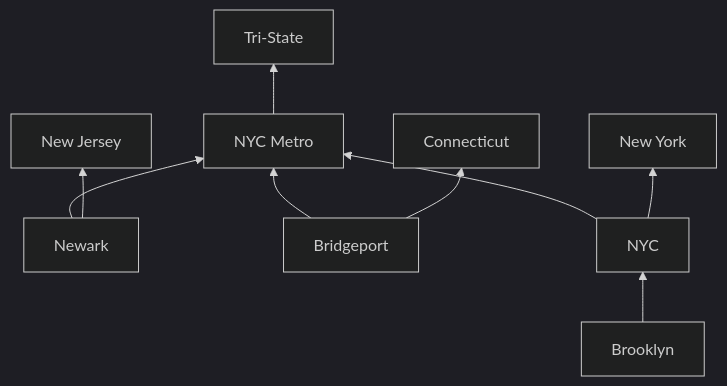
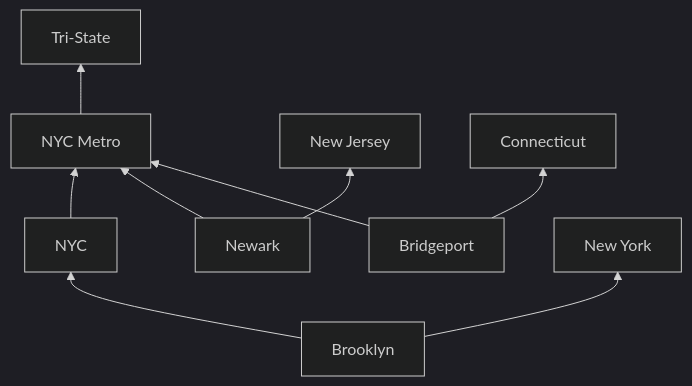
Before and after one commit to mjrossi/urbanist-atlas: the first of 10 diagrams in docs/region-graph.md, drawn with Mermaid (dark theme). The commit also changed other lines of this file and 38 other files, not shown here.

````diff
--- a/docs/region-graph.md
+++ b/docs/region-graph.md
@@ -69,21 +69,21 @@
 ```mermaid
 graph BT
   brooklyn[Brooklyn]
   newark[Newark]
   bridgeport[Bridgeport]
   nyc[NYC]
   nycmetro[NYC Metro]
   ny[New York]
   nj[New Jersey]
   ct[Connecticut]
   tristate[Tri-State]
 
   brooklyn --> nyc
+  brooklyn --> ny
   nyc --> nycmetro
-  nyc --> ny
   newark --> nycmetro
   newark --> nj
   bridgeport --> nycmetro
   bridgeport --> ct
   nycmetro --> tristate
 ```
````
